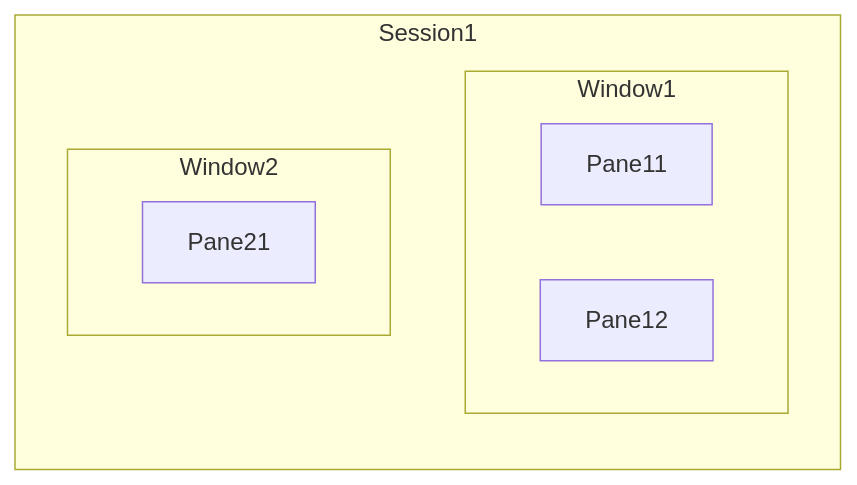
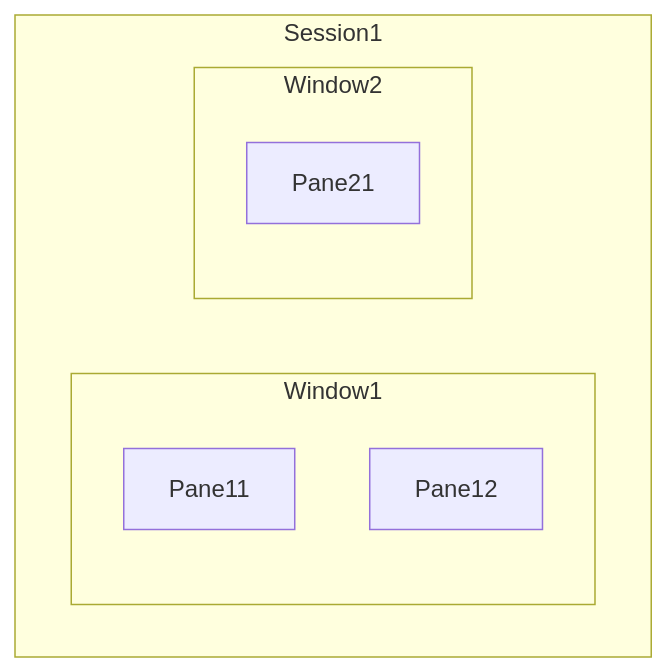
The diagram in apps/tmux.md (asokolsky/asokolsky.github.io), drawn with Mermaid before and after one commit. The commit also changed 1 other file, not shown here.

Commit message:
minor updates

````diff
--- a/apps/tmux.md
+++ b/apps/tmux.md
@@ -16,12 +16,12 @@
 ```mermaid
-flowchart LR
+flowchart TD
     subgraph Session1
-    subgraph Window1
-    Pane11
-    Pane12
-    end
-    subgraph Window2
-    Pane21
-    end
+        subgraph Window1
+            Pane11
+            Pane12
+        end
+        subgraph Window2
+            Pane21
+        end
     end
 ```
````
